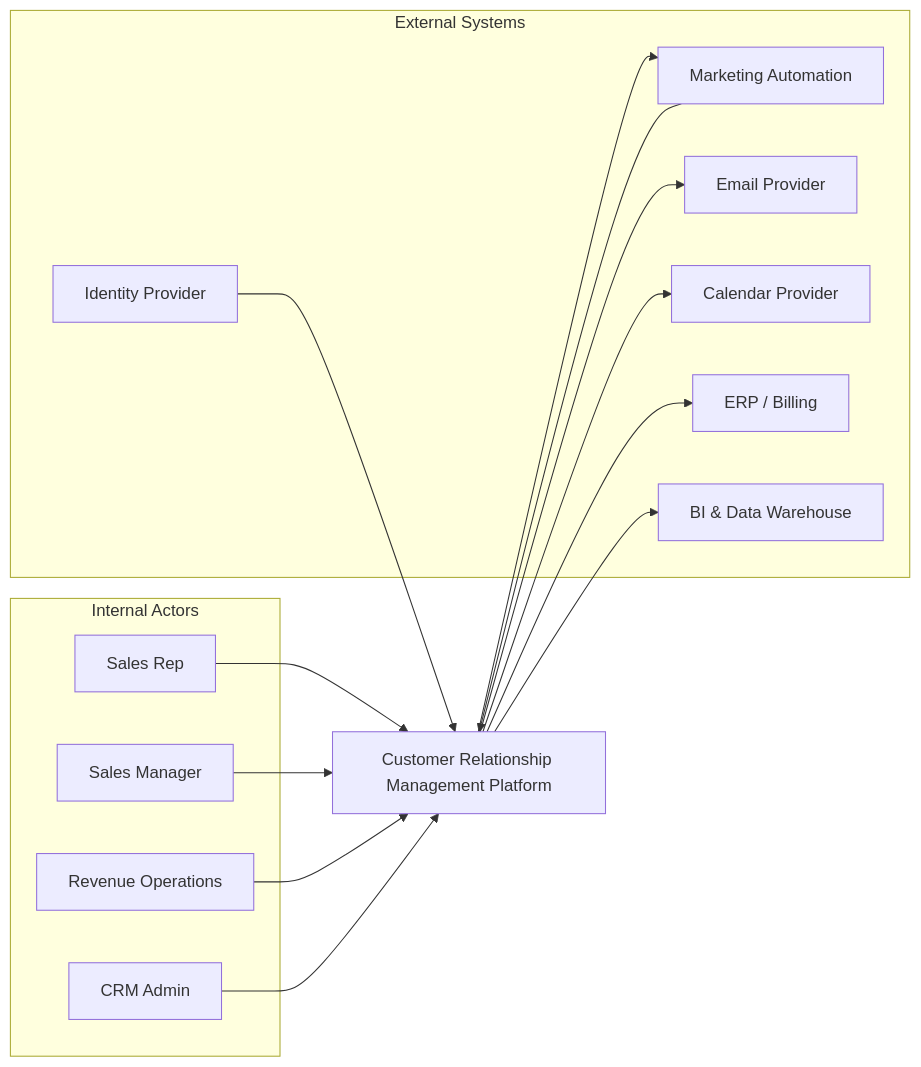
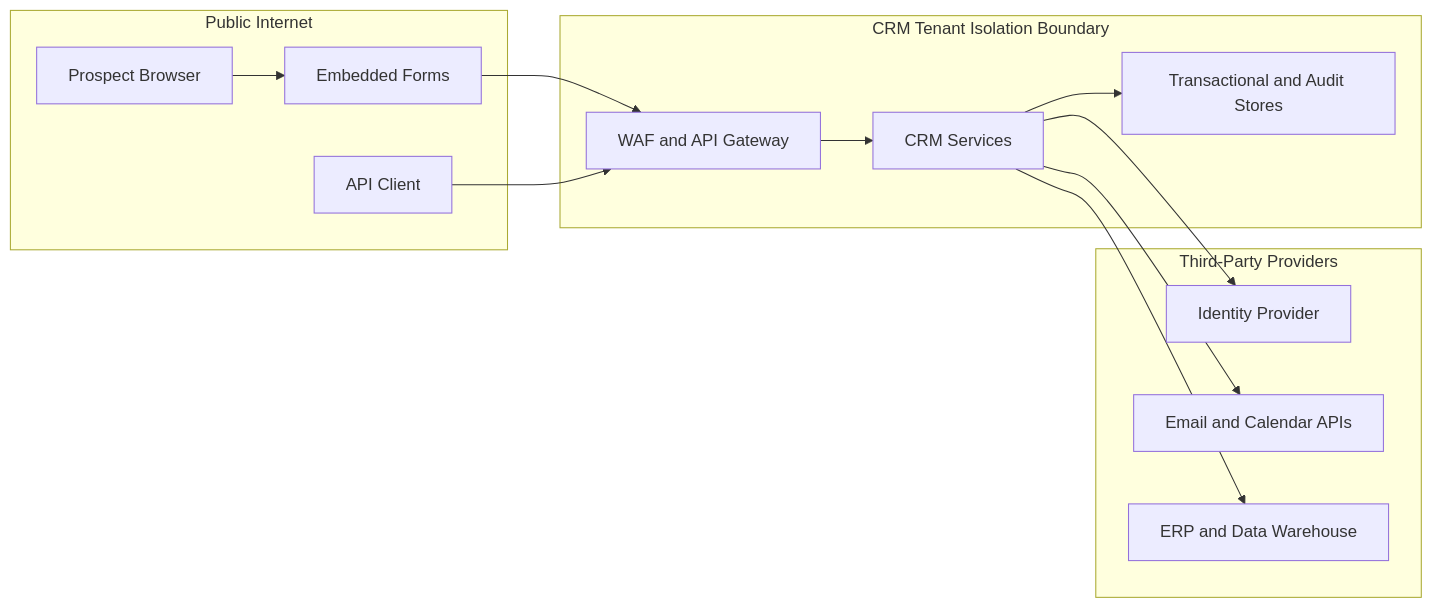
Before and after one commit to 0Ankit0/Project-Ideas: the second of 2 diagrams in Customer Relationship Management Platform/analysis/system-context-diagram.md, drawn with Mermaid. The commit also changed other lines of this file and 17 other files, not shown here.

Commit message:
Update Customer Relationship Management Platform: analysis, design, edge cases, HLD, implementation, and infra docs

````diff
--- a/Customer Relationship Management Platform/analysis/system-context-diagram.md
+++ b/Customer Relationship Management Platform/analysis/system-context-diagram.md
@@ -5,33 +47,29 @@
 ```mermaid
 flowchart LR
-    subgraph Actors[Internal Actors]
-      Rep[Sales Rep]
-      Mgr[Sales Manager]
-      Ops[Revenue Operations]
-      Admin[CRM Admin]
+    subgraph Public[Public Internet]
+        Website[Embedded Forms]
+        ProspectBrowser[Prospect Browser]
+        IntegratorClient[API Client]
     end
 
-    CRM[Customer Relationship Management Platform]
-
-    subgraph External[External Systems]
-      MAP[Marketing Automation]
-      Mail[Email Provider]
-      Cal[Calendar Provider]
-      ERP[ERP / Billing]
-      SSO[Identity Provider]
-      BI[BI & Data Warehouse]
+    subgraph SaaS[CRM Tenant Isolation Boundary]
+        Edge[WAF and API Gateway]
+        App[CRM Services]
+        Data[Transactional and Audit Stores]
     end
 
-    Rep --> CRM
-    Mgr --> CRM
-    Ops --> CRM
-    Admin --> CRM
+    subgraph Providers[Third-Party Providers]
+        IdP2[Identity Provider]
+        Mail2[Email and Calendar APIs]
+        ERP2[ERP and Data Warehouse]
+    end
 
-    MAP --> CRM
-    CRM --> MAP
-    CRM --> Mail
-    CRM --> Cal
-    CRM --> ERP
-    CRM --> BI
-    SSO --> CRM
+    ProspectBrowser --> Website
+    Website --> Edge
+    IntegratorClient --> Edge
+    Edge --> App
+    App --> Data
+    App --> IdP2
+    App --> Mail2
+    App --> ERP2
 ```
````
